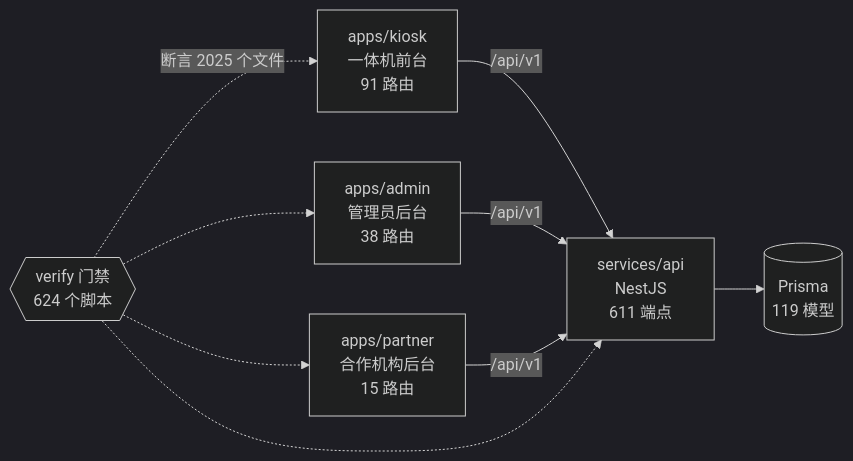
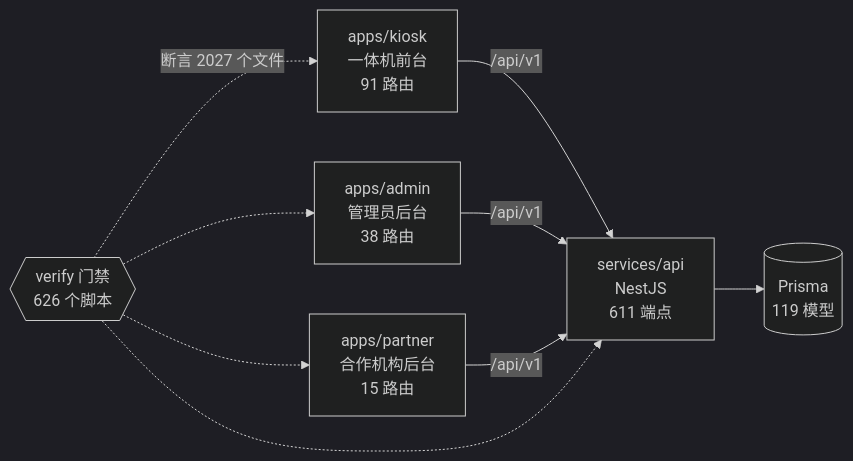
One commit to wanglei581/YITIJI changed the diagram in docs/graph/README.md. Above: the diagram before and after it, drawn with Mermaid (dark theme). The commit also changed other lines of this file and 12 other files, not shown here.

````diff
--- a/docs/graph/README.md
+++ b/docs/graph/README.md
@@ -68,18 +68,18 @@
 ```mermaid
 flowchart LR
   kiosk["apps/kiosk<br/>一体机前台<br/>91 路由"]
   admin["apps/admin<br/>管理员后台<br/>38 路由"]
   partner["apps/partner<br/>合作机构后台<br/>15 路由"]
   api["services/api<br/>NestJS<br/>611 端点"]
   db[("Prisma<br/>119 模型")]
-  gates{{"verify 门禁<br/>624 个脚本"}}
+  gates{{"verify 门禁<br/>626 个脚本"}}
 
   kiosk -->|"/api/v1"| api
   admin -->|"/api/v1"| api
   partner -->|"/api/v1"| api
   api --> db
-  gates -.->|"断言 2025 个文件"| kiosk
+  gates -.->|"断言 2027 个文件"| kiosk
   gates -.-> admin
   gates -.-> partner
   gates -.-> api
 ```
````
